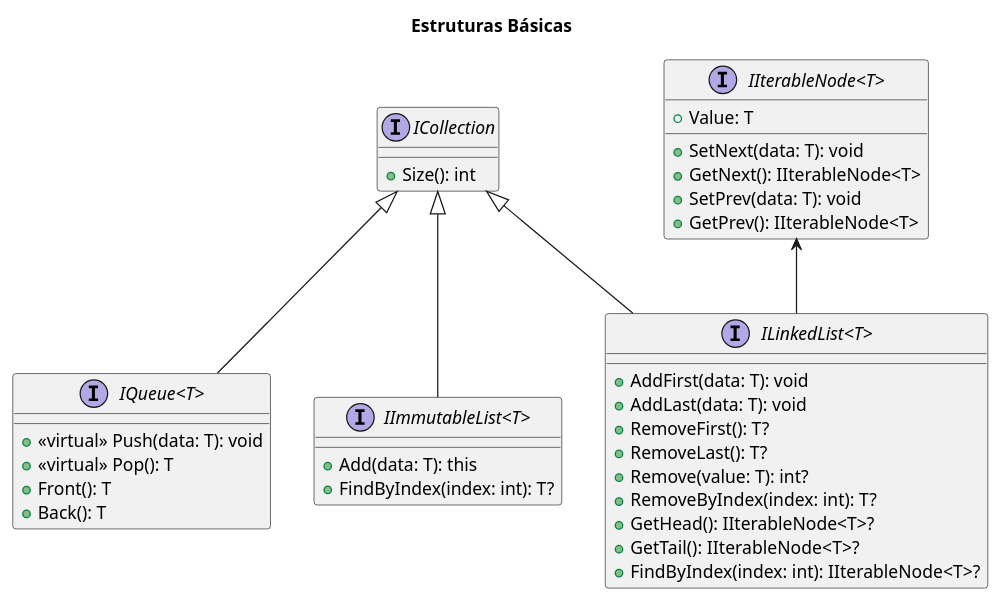
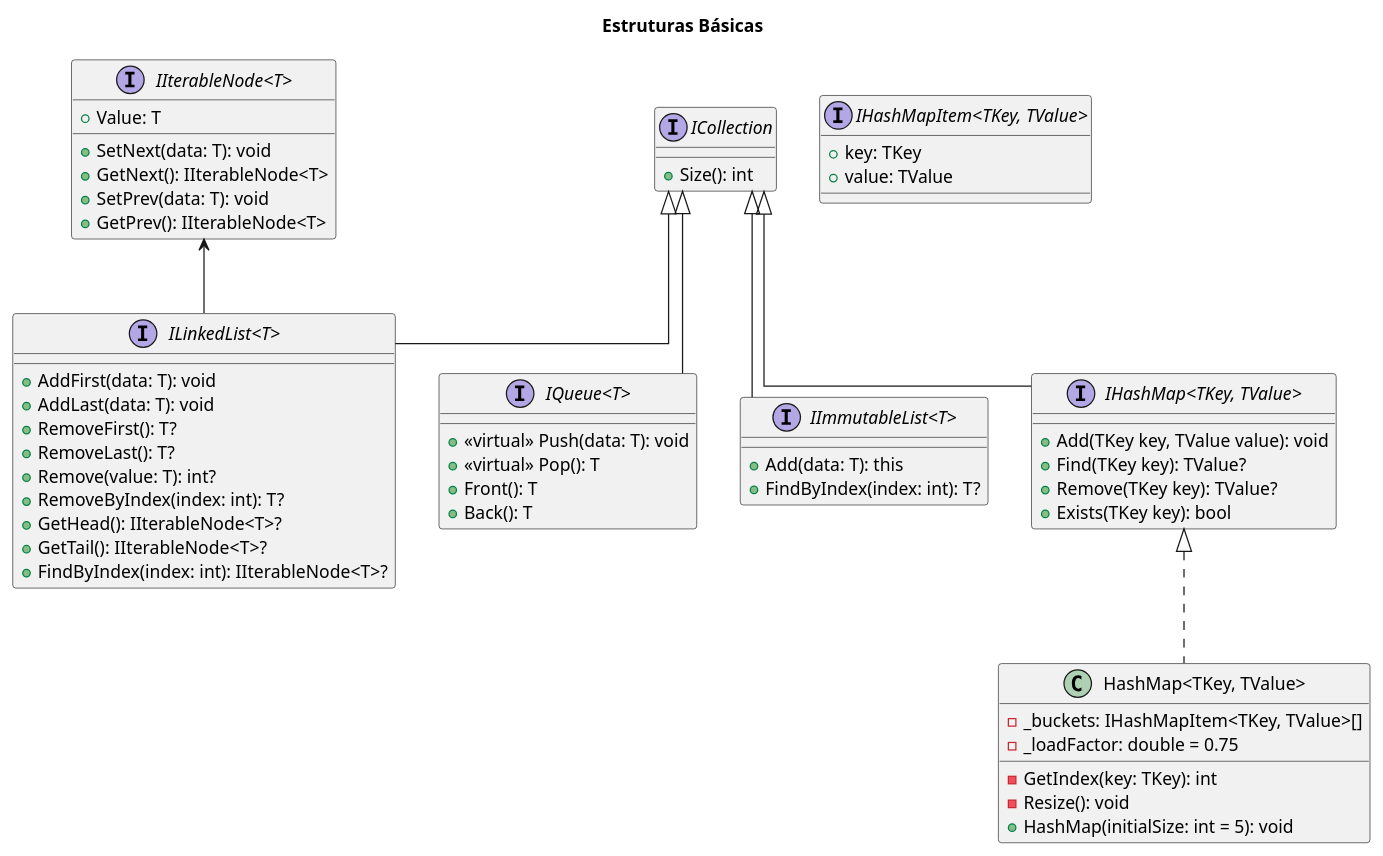
One commit to Hoyasumii/pizza-uml changed the diagram in data-structures.puml. Above: the diagram before and after it, drawn with PlantUML. The commit also changed 2 other files, not shown here.

```diff
--- a/data-structures.puml
+++ b/data-structures.puml
@@ -1,46 +1,69 @@
 @startuml DataStructures
 
 title Estruturas Básicas
+skinparam linetype ortho
 
 interface ICollection {
   + Size(): int
 }
 
 ICollection <|-- "IQueue<T>"
 interface "IQueue<T>" {
   + <<virtual>> Push(data: T): void
   + <<virtual>> Pop(): T
   + Front(): T
   + Back(): T
 }
 
 interface "IIterableNode<T>" {
   + Value: T
   + SetNext(data: T): void
   + GetNext(): IIterableNode<T>
   + SetPrev(data: T): void
   + GetPrev(): IIterableNode<T>
 }
 
 
 ICollection <|-- "ILinkedList<T>"
 "IIterableNode<T>" <-- "ILinkedList<T>"
 interface "ILinkedList<T>" {
   + AddFirst(data: T): void
   + AddLast(data: T): void
   + RemoveFirst(): T?
   + RemoveLast(): T?
   + Remove(value: T): int?
   + RemoveByIndex(index: int): T?
   + GetHead(): IIterableNode<T>?
   + GetTail(): IIterableNode<T>?
   + FindByIndex(index: int): IIterableNode<T>?
 }
 
 ICollection <|-- "IImmutableList<T>"
 interface "IImmutableList<T>" {
   + Add(data: T): this
   + FindByIndex(index: int): T?
 }
 
+ICollection <|-- "IHashMap<TKey, TValue>"
+interface "IHashMap<TKey, TValue>" {
+  + Add(TKey key, TValue value): void
+  + Find(TKey key): TValue?
+  + Remove(TKey key): TValue?
+  + Exists(TKey key): bool
+}
+
+interface "IHashMapItem<TKey, TValue>" {
+  + key: TKey
+  + value: TValue
+}
+
+"IHashMap<TKey, TValue>" <|.. "HashMap<TKey, TValue>"
+class "HashMap<TKey, TValue>" {
+  - _buckets: IHashMapItem<TKey, TValue>[]
+  - _loadFactor: double = 0.75
+  - GetIndex(key: TKey): int
+  - Resize(): void
+  + HashMap(initialSize: int = 5): void
+}
+
 @end
```
